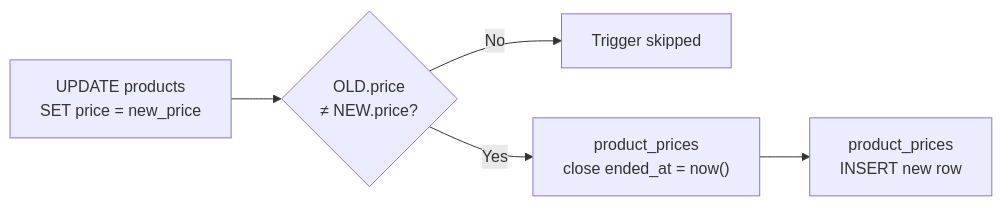
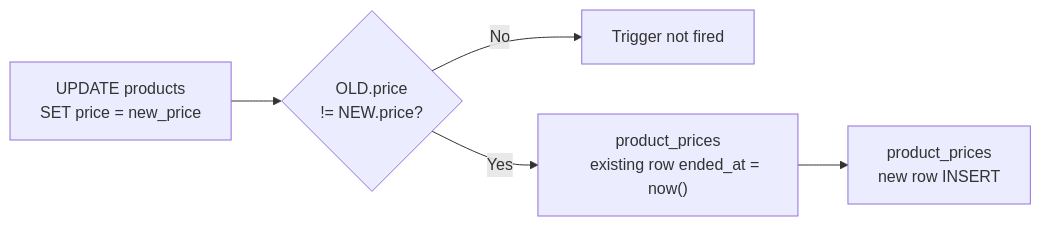
One commit to civilian7/sql-tutorial changed the third of 5 diagrams in docs/en/schema/triggers.md. Above: the diagram before and after it, drawn with Mermaid. The commit also changed other lines of this file and 121 other files, not shown here.

````diff
--- a/docs/en/schema/triggers.md
+++ b/docs/en/schema/triggers.md
@@ -72,11 +87,11 @@
 ```mermaid
 flowchart LR
     A["UPDATE products
     SET price = new_price"] --> B{"OLD.price
-    ≠ NEW.price?"}
-    B -- No --> C[Trigger skipped]
+    != NEW.price?"}
+    B -- No --> C[Trigger not fired]
     B -- Yes --> D["product_prices
-    close ended_at = now()"]
+    existing row ended_at = now()"]
     D --> E["product_prices
-    INSERT new row"]
+    new row INSERT"]
 ```
````
